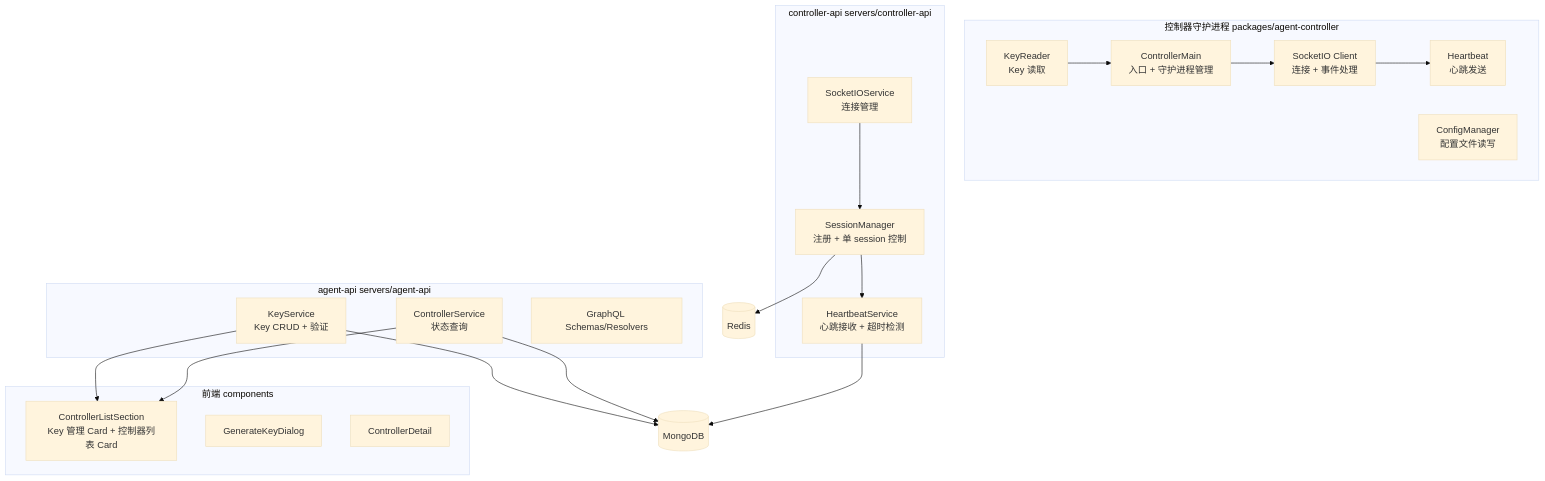
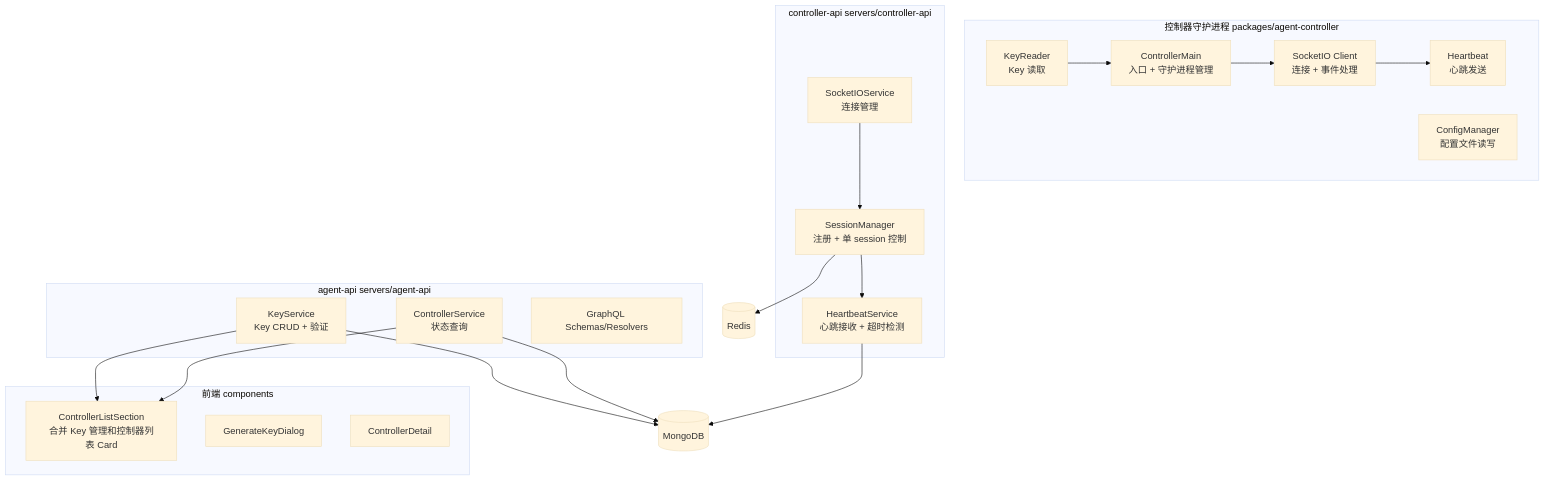
Before and after one commit to Deliay/z-agent-gear: the second of 8 diagrams in docs/engineering/proposals/20260517-proposal-agent-controller-v1.md, drawn with Mermaid (base theme). The commit also changed other lines of this file and 3 other files, not shown here.

First line of the commit message:
docs: update all documentation to reflect new controller key lifecycle

````diff
--- a/docs/engineering/proposals/20260517-proposal-agent-controller-v1.md
+++ b/docs/engineering/proposals/20260517-proposal-agent-controller-v1.md
@@ -105,42 +105,42 @@
 ```mermaid
 graph TD
     subgraph 控制器守护进程 packages/agent-controller
         CM[ControllerMain<br/>入口 + 守护进程管理]
         KR[KeyReader<br/>Key 读取]
         SIO[SocketIO Client<br/>连接 + 事件处理]
         HB[Heartbeat<br/>心跳发送]
         CFG[ConfigManager<br/>配置文件读写]
     end
 
     subgraph agent-api servers/agent-api
         KS[KeyService<br/>Key CRUD + 验证]
         CS[ControllerService<br/>状态查询]
         GS[GraphQL Schemas/Resolvers]
     end
 
     subgraph controller-api servers/controller-api
         SM[SessionManager<br/>注册 + 单 session 控制]
         HBS[HeartbeatService<br/>心跳接收 + 超时检测]
         SIOS[SocketIOService<br/>连接管理]
     end
 
     subgraph 前端 components
-        CLS[ControllerListSection<br/>Key 管理 Card + 控制器列表 Card]
+        CLS[ControllerListSection<br/>合并 Key 管理和控制器列表 Card]
         KGD[GenerateKeyDialog]
         CD[ControllerDetail]
     end
 
     KR --> CM
     SIO --> HB
     CM --> SIO
 
     SIOS --> SM
     SM --> HBS
     KS --> CLS
     CS --> CLS
 
     SM --> KV[(Redis)]
     KS --> DB[(MongoDB)]
     CS --> DB
     HBS --> DB
 ```
````
